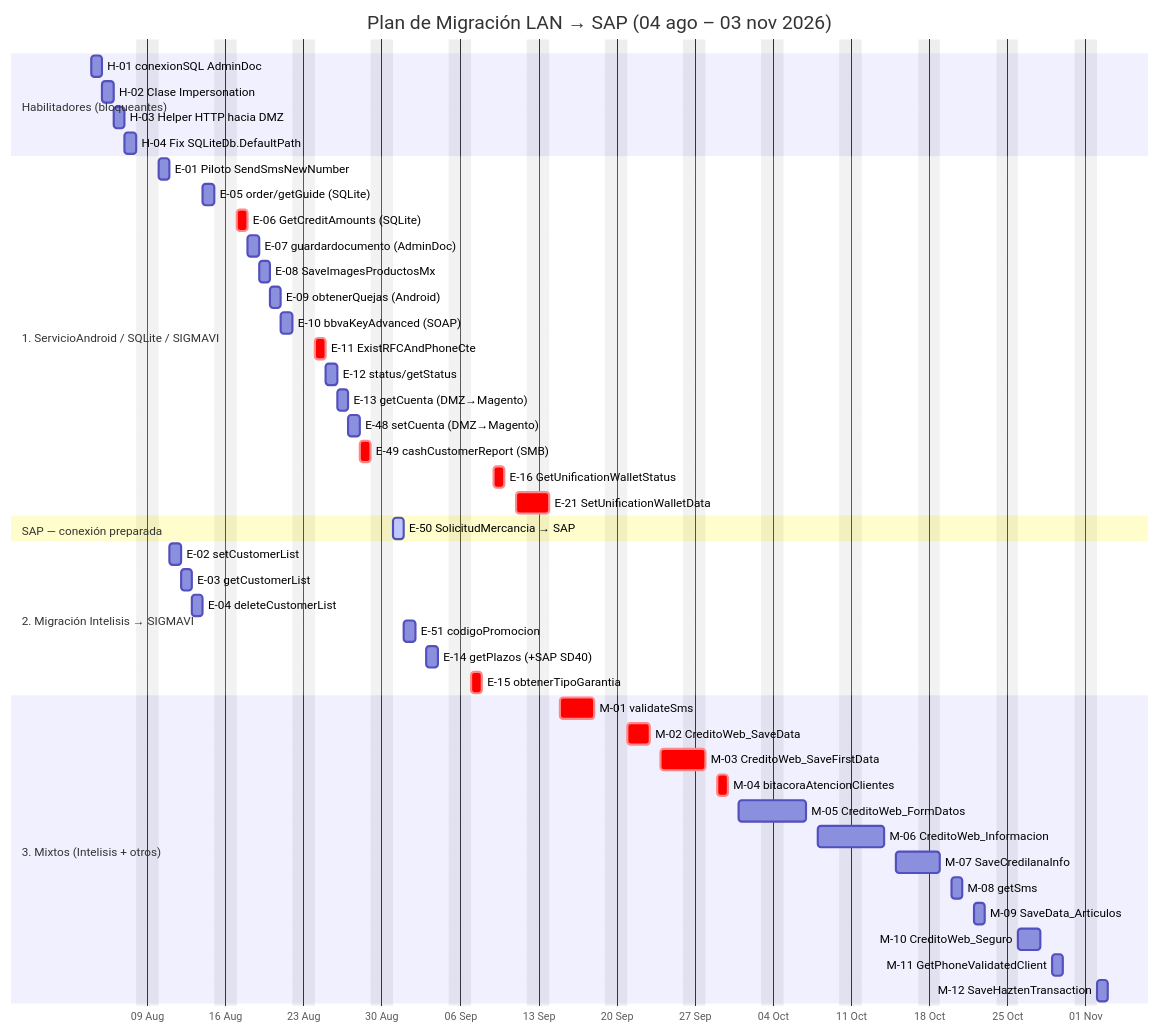
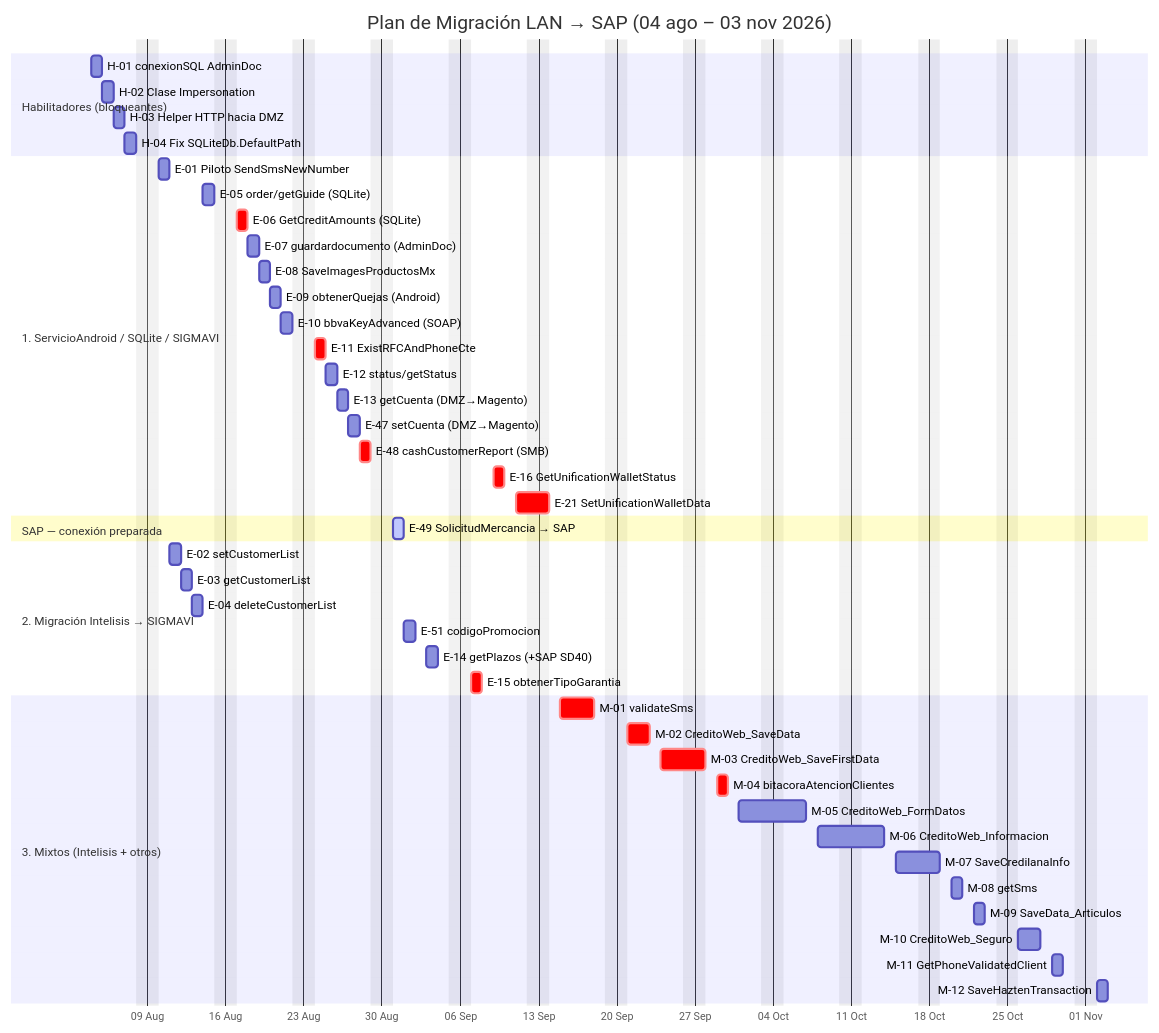
The diagram in MappingMetods/_NUESTROS_ENDPOINTS/GANTT_~1.md (UrieloGD/API_ServicioSAP_Doc), drawn with Mermaid before and after one commit. The commit also changed other lines of this file and 10 other files, not shown here.

````diff
--- a/MappingMetods/_NUESTROS_ENDPOINTS/GANTT_~1.md
+++ b/MappingMetods/_NUESTROS_ENDPOINTS/GANTT_~1.md
@@ -17,54 +17,54 @@
 ```mermaid
 gantt
     title Plan de Migración LAN → SAP (04 ago – 03 nov 2026)
     dateFormat YYYY-MM-DD
     axisFormat %d %b
     excludes weekends
 
     section Habilitadores (bloqueantes)
     H-01 conexionSQL AdminDoc        :h01, 2026-08-04, 1d
     H-02 Clase Impersonation         :h02, 2026-08-05, 1d
     H-03 Helper HTTP hacia DMZ       :h03, 2026-08-06, 1d
     H-04 Fix SQLiteDb.DefaultPath    :h04, 2026-08-07, 1d
 
     section 1. ServicioAndroid / SQLite / SIGMAVI
     E-01 Piloto SendSmsNewNumber     :e01, 2026-08-10, 1d
     E-05 order/getGuide (SQLite)     :e05, 2026-08-14, 1d
     E-06 GetCreditAmounts (SQLite)   :crit, e06, 2026-08-17, 1d
     E-07 guardardocumento (AdminDoc) :e07, 2026-08-18, 1d
     E-08 SaveImagesProductosMx       :e08, 2026-08-19, 1d
     E-09 obtenerQuejas (Android)     :e09, 2026-08-20, 1d
     E-10 bbvaKeyAdvanced (SOAP)      :e10, 2026-08-21, 1d
     E-11 ExistRFCAndPhoneCte         :crit, e11, 2026-08-24, 1d
     E-12 status/getStatus            :e12, 2026-08-25, 1d
     E-13 getCuenta (DMZ→Magento)     :e13, 2026-08-26, 1d
-    E-48 setCuenta (DMZ→Magento)     :e14, 2026-08-27, 1d
-    E-49 cashCustomerReport (SMB)    :crit, e15, 2026-08-28, 1d
+    E-47 setCuenta (DMZ→Magento)     :e14, 2026-08-27, 1d
+    E-48 cashCustomerReport (SMB)    :crit, e15, 2026-08-28, 1d
     E-16 GetUnificationWalletStatus  :crit, e20, 2026-09-09, 2026-09-10
     E-21 SetUnificationWalletData    :crit, e21, 2026-09-11, 2026-09-14
 
     section SAP — conexión preparada
-    E-50 SolicitudMercancia → SAP    :active, e16, 2026-08-31, 1d
+    E-49 SolicitudMercancia → SAP    :active, e16, 2026-08-31, 1d
 
     section 2. Migración Intelisis → SIGMAVI
     E-02 setCustomerList             :e02, 2026-08-11, 1d
     E-03 getCustomerList             :e03, 2026-08-12, 1d
     E-04 deleteCustomerList          :e04, 2026-08-13, 1d
     E-51 codigoPromocion             :e17, 2026-09-01, 2026-09-02
     E-14 getPlazos (+SAP SD40)       :e18, 2026-09-03, 2026-09-04
     E-15 obtenerTipoGarantia         :crit, e19, 2026-09-07, 2026-09-08
 
     section 3. Mixtos (Intelisis + otros)
     M-01 validateSms                 :crit, m01, 2026-09-15, 2026-09-18
     M-02 CreditoWeb_SaveData         :crit, m02, 2026-09-21, 2026-09-23
     M-03 CreditoWeb_SaveFirstData    :crit, m03, 2026-09-24, 2026-09-28
     M-04 bitacoraAtencionClientes    :crit, m04, 2026-09-29, 2026-09-30
     M-05 CreditoWeb_FormDatos        :m05, 2026-10-01, 2026-10-07
     M-06 CreditoWeb_Informacion      :m06, 2026-10-08, 2026-10-14
     M-07 SaveCredilanaInfo           :m07, 2026-10-15, 2026-10-19
     M-08 getSms                      :m08, 2026-10-20, 2026-10-21
     M-09 SaveData_Articulos          :m09, 2026-10-22, 2026-10-23
     M-10 CreditoWeb_Seguro           :m10, 2026-10-26, 2026-10-28
     M-11 GetPhoneValidatedClient     :m11, 2026-10-29, 2026-10-30
     M-12 SaveHaztenTransaction       :m12, 2026-11-02, 2026-11-03
 ```
````
